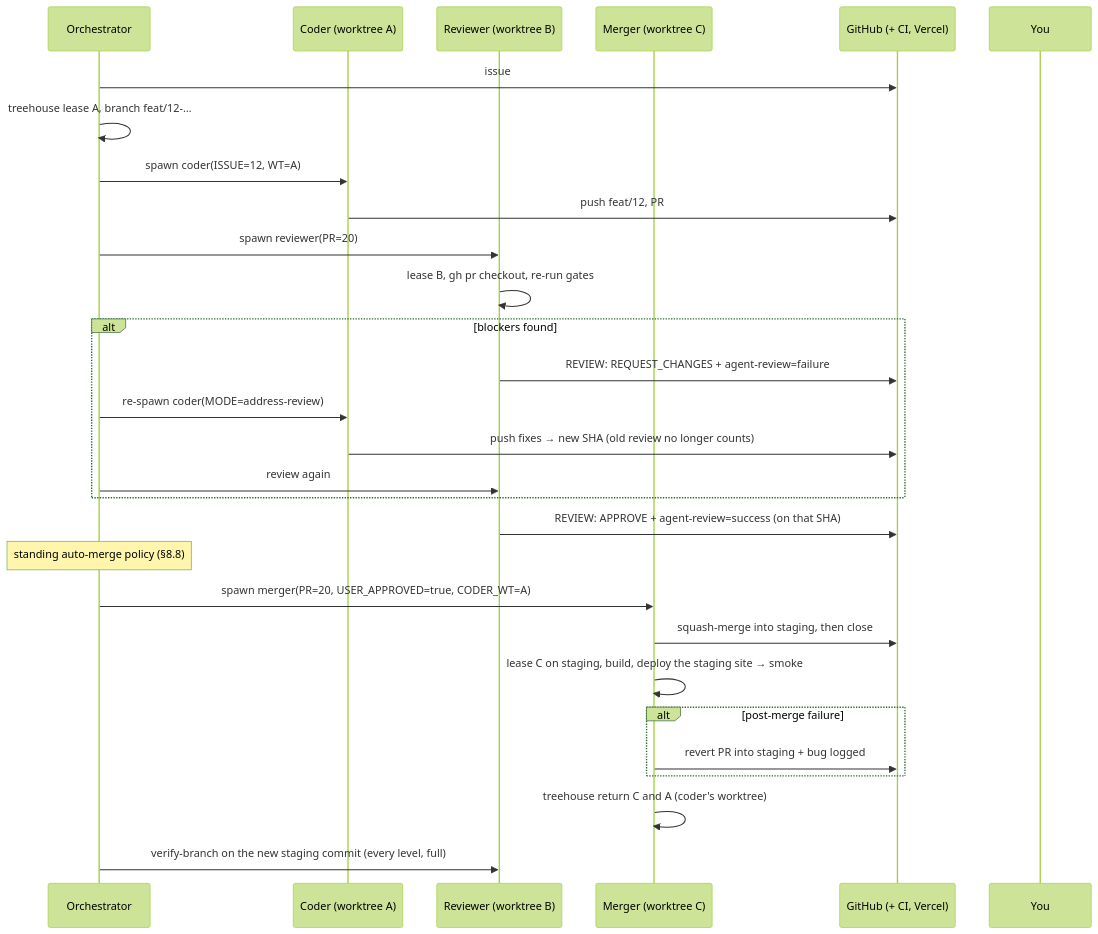
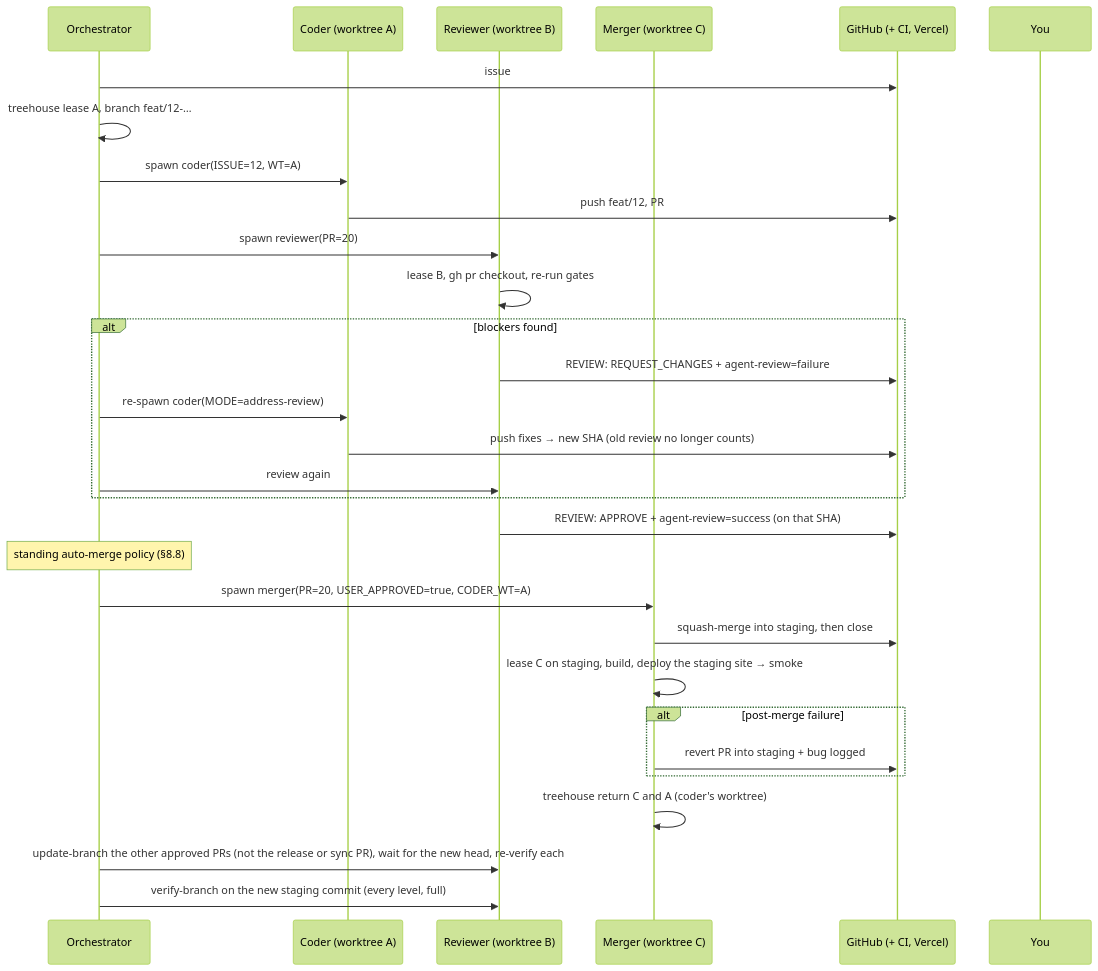
One commit to dangnguyenducanh/Zalo-Tele-intergrated-financial-apps changed the first of 2 diagrams in docs/08-agent-workflow.md. Above: the diagram before and after it, drawn with Mermaid (forest theme). The commit also changed other lines of this file and 3 other files, not shown here.

First line of the commit message:
docs(harness): close round-3 gaps in the staging-first flow

````diff
--- a/docs/08-agent-workflow.md
+++ b/docs/08-agent-workflow.md
@@ -34,31 +34,32 @@
 ```mermaid
 sequenceDiagram
     participant O as Orchestrator
     participant C as Coder (worktree A)
     participant R as Reviewer (worktree B)
     participant M as Merger (worktree C)
     participant G as GitHub (+ CI, Vercel)
     participant U as You
     O->>G: issue #12 ready (status:ready)
     O->>O: treehouse lease A, branch feat/12-…
     O->>C: spawn coder(ISSUE=12, WT=A)
     C->>G: push feat/12, PR #20 into staging (status:in-review) → CI runs
     O->>R: spawn reviewer(PR=20)
     R->>R: lease B, gh pr checkout, re-run gates
     alt blockers found
         R->>G: REVIEW: REQUEST_CHANGES + agent-review=failure
         O->>C: re-spawn coder(MODE=address-review)
         C->>G: push fixes → new SHA (old review no longer counts)
         O->>R: review again
     end
     R->>G: REVIEW: APPROVE + agent-review=success (on that SHA)
     Note over O: standing auto-merge policy (§8.8)
     O->>M: spawn merger(PR=20, USER_APPROVED=true, CODER_WT=A)
     M->>G: squash-merge into staging, then close #12 (Closes only fires on main)
     M->>M: lease C on staging, build, deploy the staging site → smoke
     alt post-merge failure
         M->>G: revert PR into staging + bug logged
     end
     M->>M: treehouse return C and A (coder's worktree)
+    O->>R: update-branch the other approved PRs (not the release or sync PR), wait for the new head, re-verify each
     O->>R: verify-branch on the new staging commit (every level, full)
 ```
````
